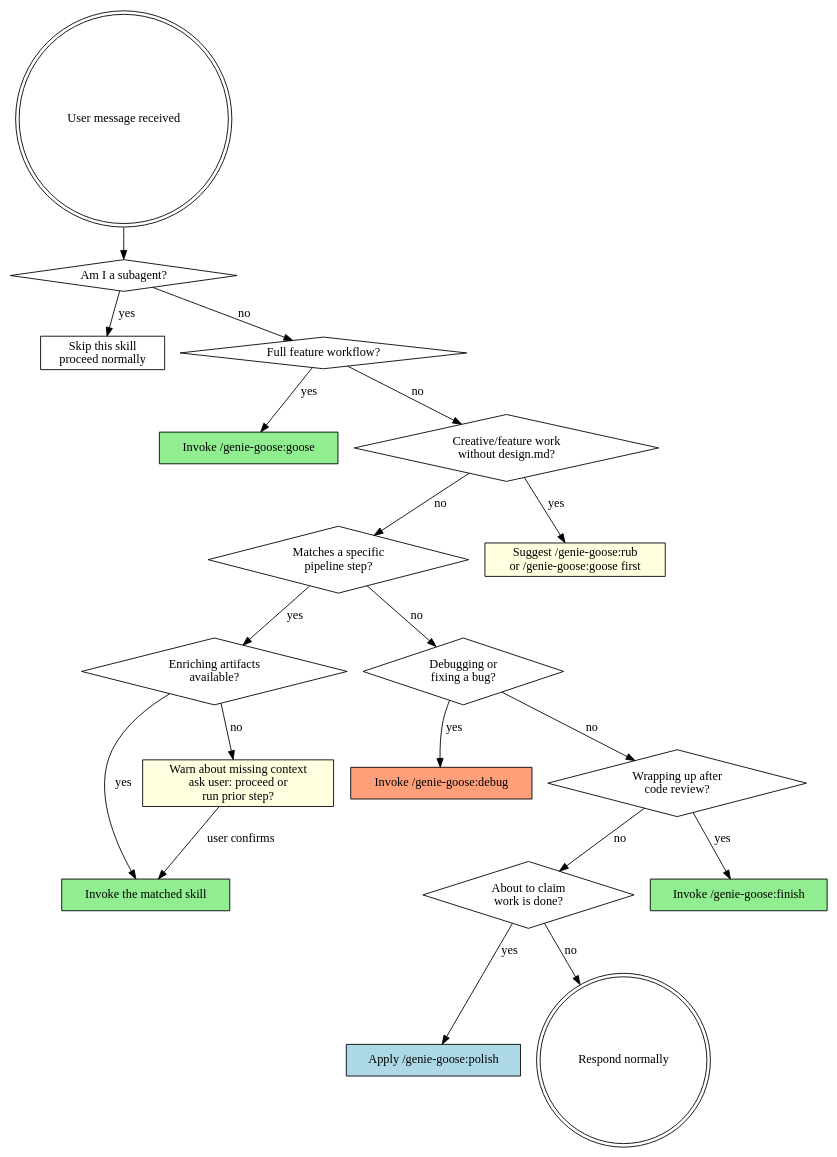
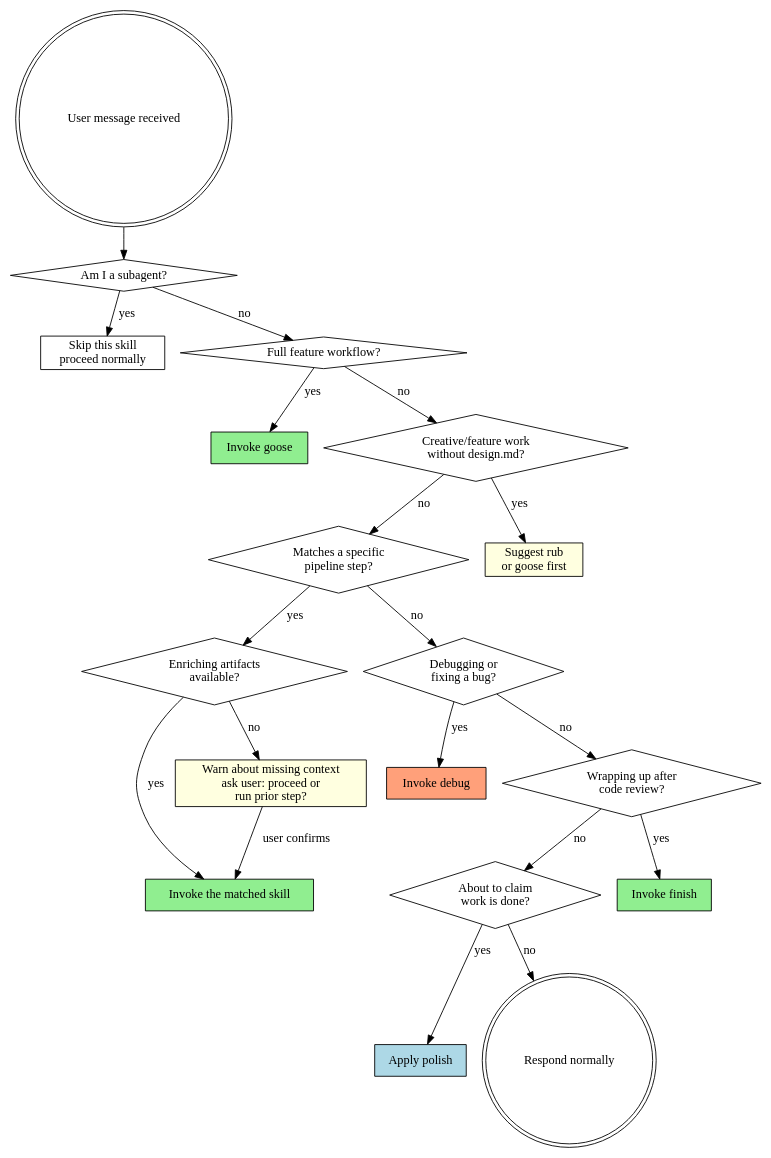
The diagram in plugin/skills/lamp/SKILL.md (jhynsoo/genie-goose), drawn with Graphviz before and after one commit. The commit also changed other lines of this file and 28 other files, not shown here.

````diff
--- a/plugin/skills/lamp/SKILL.md
+++ b/plugin/skills/lamp/SKILL.md
@@ -150,46 +150,46 @@
 ```dot
 digraph routing {
     rankdir=TB;
     node [shape=box];
 
     start [label="User message received" shape=doublecircle];
     is_subagent [label="Am I a subagent?" shape=diamond];
     skip [label="Skip this skill\nproceed normally" shape=box];
     full_pipeline [label="Full feature workflow?" shape=diamond];
-    goose [label="Invoke /genie-goose:goose" shape=box style=filled fillcolor=lightgreen];
+    goose [label="Invoke goose" shape=box style=filled fillcolor=lightgreen];
     specific_step [label="Matches a specific\npipeline step?" shape=diamond];
     check_prereqs [label="Enriching artifacts\navailable?" shape=diamond];
     invoke_skill [label="Invoke the matched skill" shape=box style=filled fillcolor=lightgreen];
     warn_missing [label="Warn about missing context\nask user: proceed or\nrun prior step?" shape=box style=filled fillcolor=lightyellow];
     is_completing [label="About to claim\nwork is done?" shape=diamond];
-    polish [label="Apply /genie-goose:polish" shape=box style=filled fillcolor=lightblue];
+    polish [label="Apply polish" shape=box style=filled fillcolor=lightblue];
     normal [label="Respond normally" shape=doublecircle];
 
     start -> is_subagent;
     is_subagent -> skip [label="yes"];
     is_subagent -> full_pipeline [label="no"];
     needs_brainstorm [label="Creative/feature work\nwithout design.md?" shape=diamond];
-    suggest_rub [label="Suggest /genie-goose:rub\nor /genie-goose:goose first" shape=box style=filled fillcolor=lightyellow];
+    suggest_rub [label="Suggest rub\nor goose first" shape=box style=filled fillcolor=lightyellow];
 
     full_pipeline -> goose [label="yes"];
     full_pipeline -> needs_brainstorm [label="no"];
     needs_brainstorm -> suggest_rub [label="yes"];
     needs_brainstorm -> specific_step [label="no"];
     is_debugging [label="Debugging or\nfixing a bug?" shape=diamond];
-    debug [label="Invoke /genie-goose:debug" shape=box style=filled fillcolor=lightsalmon];
+    debug [label="Invoke debug" shape=box style=filled fillcolor=lightsalmon];
     is_wrapping_up [label="Wrapping up after\ncode review?" shape=diamond];
-    finish [label="Invoke /genie-goose:finish" shape=box style=filled fillcolor=lightgreen];
+    finish [label="Invoke finish" shape=box style=filled fillcolor=lightgreen];
 
     specific_step -> check_prereqs [label="yes"];
     specific_step -> is_debugging [label="no"];
     check_prereqs -> invoke_skill [label="yes"];
     check_prereqs -> warn_missing [label="no"];
     warn_missing -> invoke_skill [label="user confirms"];
     is_debugging -> debug [label="yes"];
     is_debugging -> is_wrapping_up [label="no"];
     is_wrapping_up -> finish [label="yes"];
     is_wrapping_up -> is_completing [label="no"];
     is_completing -> polish [label="yes"];
     is_completing -> normal [label="no"];
 }
 ```
````
